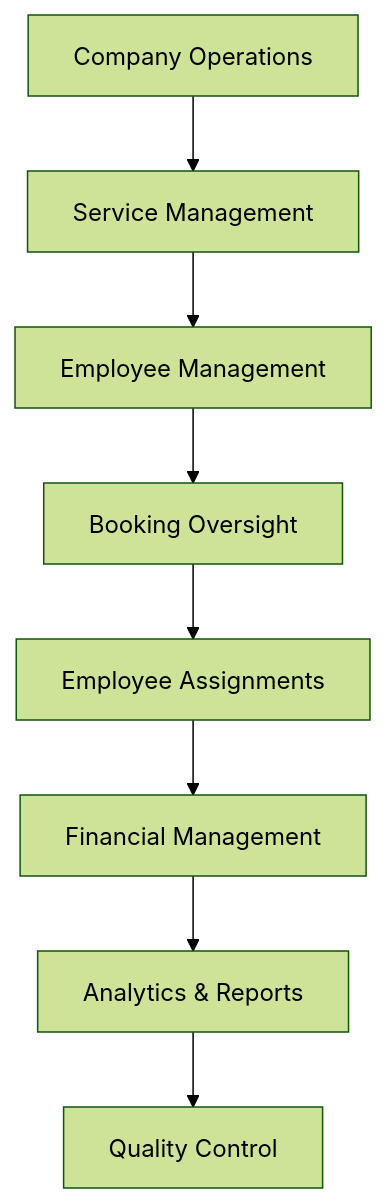
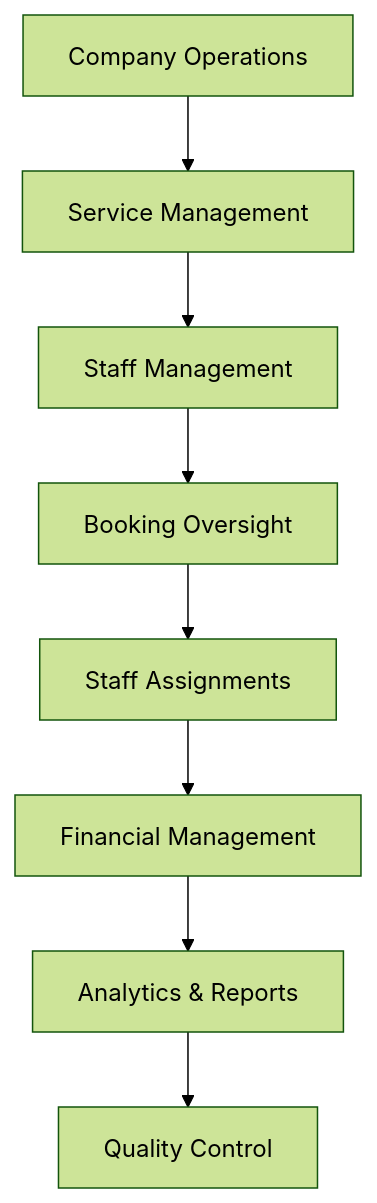
The ninth of 12 diagrams in PROJECT_FLOWS.md (HomeCleaningServiceMobile/MobileHomeServiceApi), drawn with Mermaid (forest theme) before and after one commit. The commit also changed other lines of this file and 1 other file, not shown here.

````diff
--- a/PROJECT_FLOWS.md
+++ b/PROJECT_FLOWS.md
@@ -370,10 +370,10 @@
 ```mermaid
 graph TD
     A[Company Operations] --> B[Service Management]
-    B --> C[Employee Management]
+    B --> C[Staff Management]
     C --> D[Booking Oversight]
-    D --> E[Employee Assignments]
+    D --> E[Staff Assignments]
     E --> F[Financial Management]
     F --> G[Analytics & Reports]
     G --> H[Quality Control]
 ```
````
